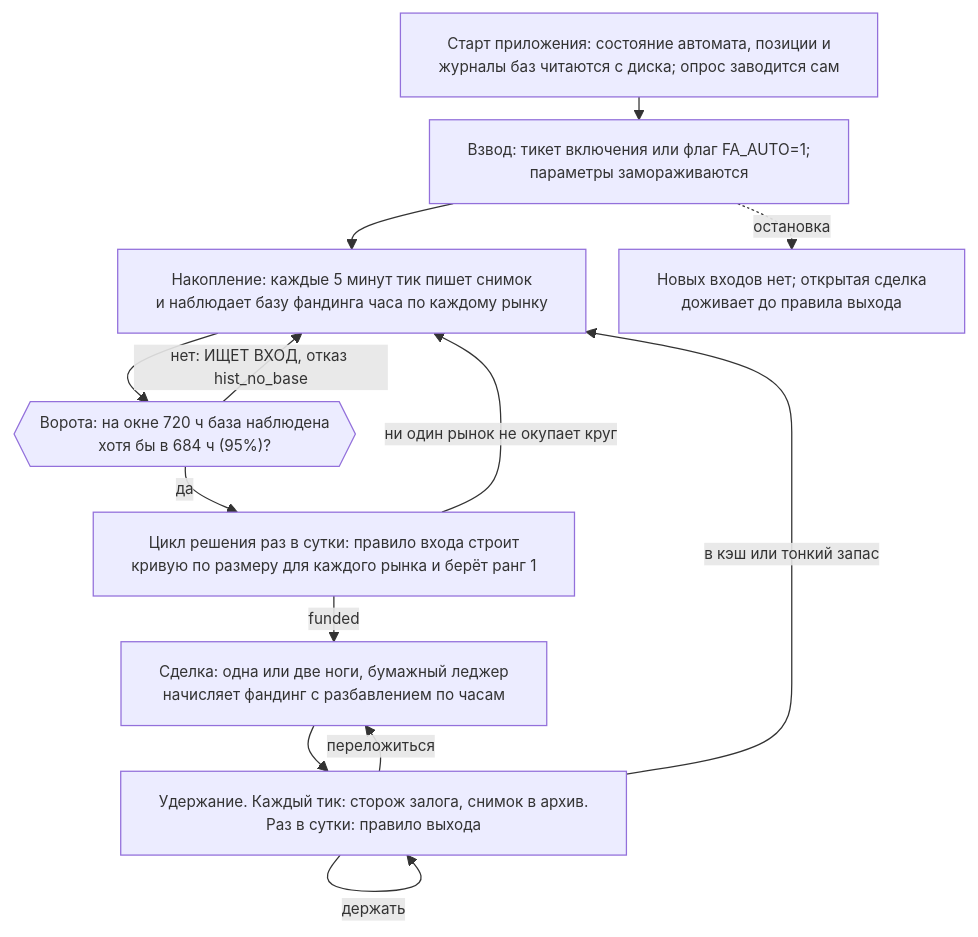
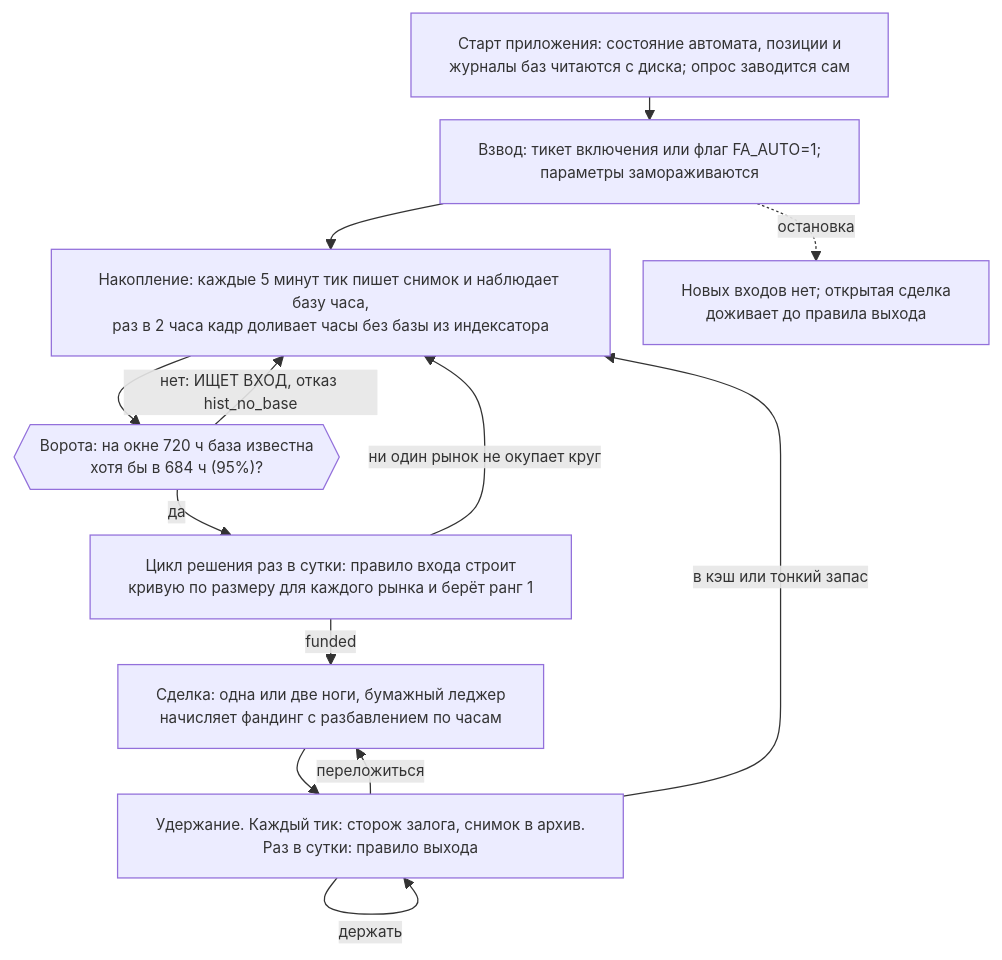
One commit to hamiltonalex/botLab changed the first of 6 diagrams in botLab-desktop/docs/bot1-funding-arb-how-it-works.ru.md. Above: the diagram before and after it, drawn with Mermaid. The commit also changed other lines of this file and 19 other files, not shown here.

Commit message:
feat(funding-arb): долив баз фандинга из индексатора в окно ворот: живое главнее, тождество на каждом часе, метка происхождения (ru/en)

````diff
--- a/botLab-desktop/docs/bot1-funding-arb-how-it-works.ru.md
+++ b/botLab-desktop/docs/bot1-funding-arb-how-it-works.ru.md
@@ -44,16 +46,16 @@
 ```mermaid
 %%{init: {"themeVariables": {"fontSize": "12px"}, "flowchart": {"nodeSpacing": 26, "rankSpacing": 18, "diagramPadding": 4, "wrappingWidth": 380}}}%%
 flowchart TD
     A["Старт приложения: состояние автомата, позиции и<br/>журналы баз читаются с диска; опрос заводится сам"] --> B["Взвод: тикет включения или флаг FA_AUTO=1;<br/>параметры замораживаются"]
-    B --> C["Накопление: каждые 5 минут тик пишет снимок<br/>и наблюдает базу фандинга часа по каждому рынку"]
-    C --> D{{"Ворота: на окне 720 ч база наблюдена<br/>хотя бы в 684 ч (95%)?"}}
+    B --> C["Накопление: каждые 5 минут тик пишет снимок и наблюдает базу часа,<br/>раз в 2 часа кадр доливает часы без базы из индексатора"]
+    C --> D{{"Ворота: на окне 720 ч база известна<br/>хотя бы в 684 ч (95%)?"}}
     D -- "нет: ИЩЕТ ВХОД, отказ hist_no_base" --> C
     D -- "да" --> E["Цикл решения раз в сутки: правило входа строит<br/>кривую по размеру для каждого рынка и берёт ранг 1"]
     E -- "ни один рынок не окупает круг" --> C
     E -- "funded" --> F["Сделка: одна или две ноги, бумажный леджер<br/>начисляет фандинг с разбавлением по часам"]
     F --> G["Удержание. Каждый тик: сторож залога, снимок в архив.<br/>Раз в сутки: правило выхода"]
     G -- "держать" --> G
     G -- "в кэш или тонкий запас" --> C
     G -- "переложиться" --> F
     B -. "остановка" .-> H["Новых входов нет; открытая сделка<br/>доживает до правила выхода"]
 ```
````
